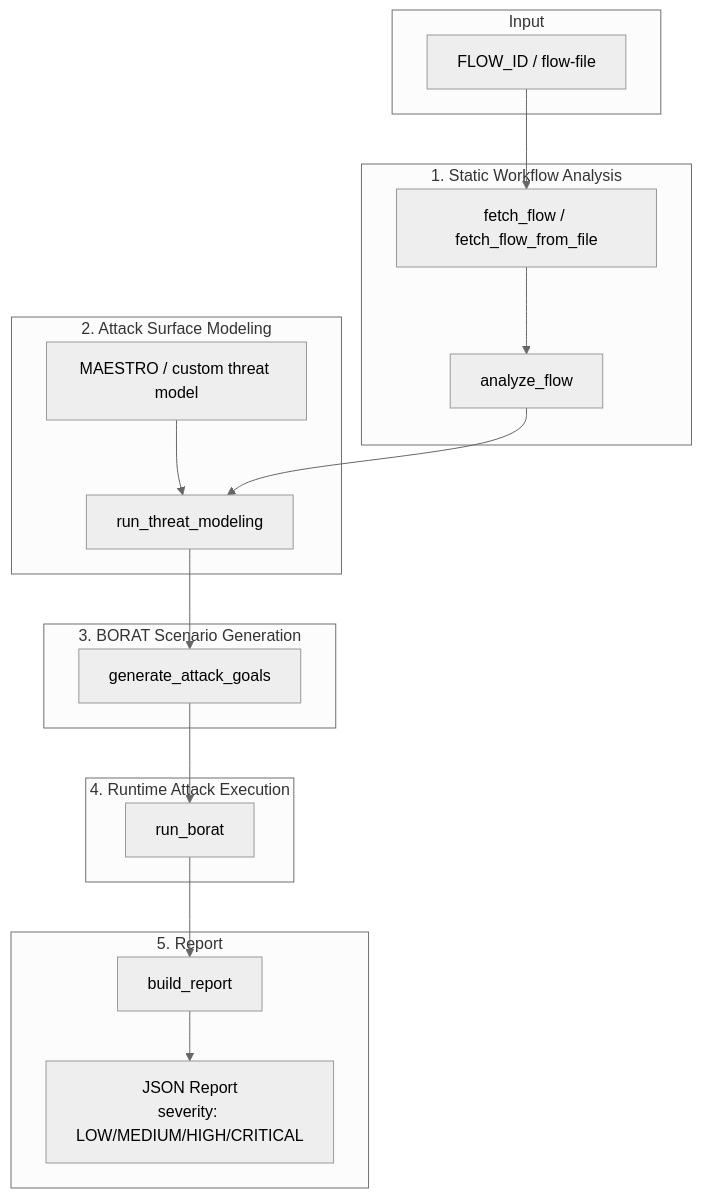
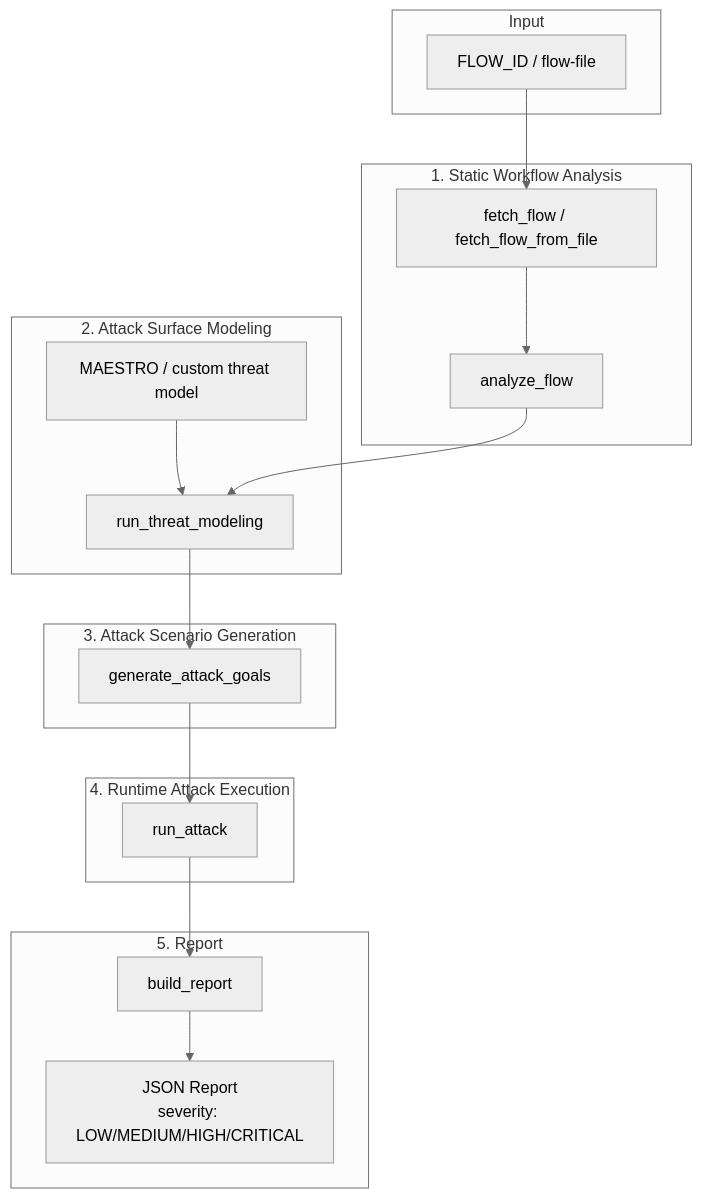
One commit to nizamovtimur/AgentSecurityGround changed the first of 2 diagrams in mlsecops_agent/README.md. Above: the diagram before and after it, drawn with Mermaid (neutral theme). The commit also changed other lines of this file and 9 other files, not shown here.

````diff
--- a/mlsecops_agent/README.md
+++ b/mlsecops_agent/README.md
@@ -30,38 +30,38 @@
 ```mermaid
 flowchart TB
     subgraph Input
         A[FLOW_ID / flow-file]
     end
 
     subgraph "1. Static Workflow Analysis"
         B[fetch_flow / fetch_flow_from_file]
         C[analyze_flow]
         B --> C
     end
 
     subgraph "2. Attack Surface Modeling"
         D[run_threat_modeling]
         E[MAESTRO / custom threat model]
         E --> D
     end
 
-    subgraph "3. BORAT Scenario Generation"
+    subgraph "3. Attack Scenario Generation"
         F[generate_attack_goals]
     end
 
     subgraph "4. Runtime Attack Execution"
-        G[run_borat]
+        G[run_attack]
     end
 
     subgraph "5. Report"
         H[build_report]
         I[JSON Report<br/>severity: LOW/MEDIUM/HIGH/CRITICAL]
         H --> I
     end
 
     A --> B
     C --> D
     D --> F
     F --> G
     G --> H
 ```
````
